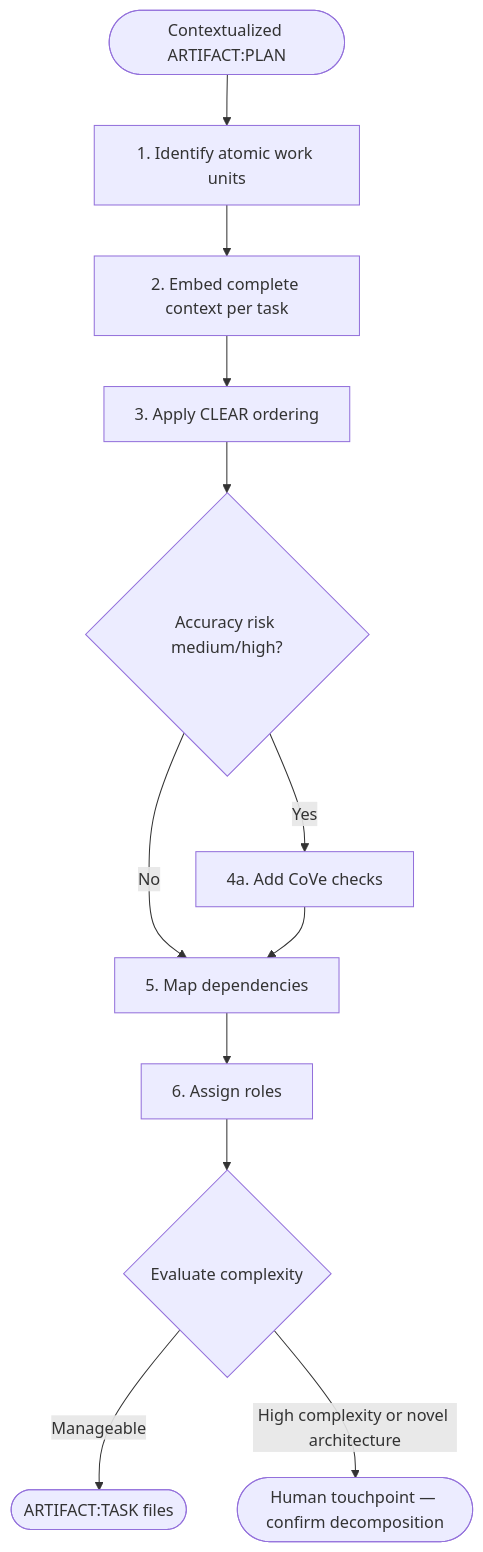
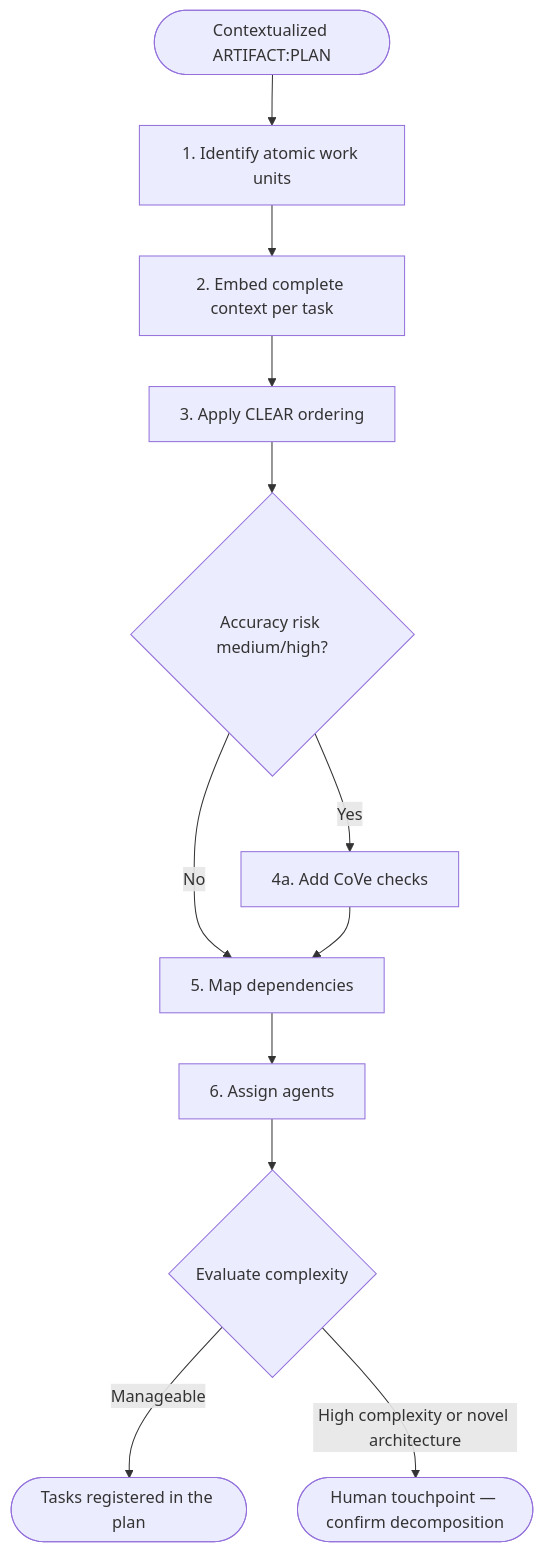
The first of 2 diagrams in plugins/development-harness/skills/task-decomposition/SKILL.md (Jamie-BitFlight/claude_skills), drawn with Mermaid before and after one commit. The commit also changed other lines of this file and 8 other files, not shown here.

First line of the commit message:
refactor(development-harness): replace plan-file authoring model with the plan and artifact operations (#3159)

````diff
--- a/plugins/development-harness/skills/task-decomposition/SKILL.md
+++ b/plugins/development-harness/skills/task-decomposition/SKILL.md
@@ -23,14 +23,14 @@
 ```mermaid
 flowchart TD
     Start([Contextualized ARTIFACT:PLAN]) --> A1[1. Identify atomic work units]
     A1 --> A2[2. Embed complete context per task]
     A2 --> A3[3. Apply CLEAR ordering]
     A3 --> A4{Accuracy risk medium/high?}
     A4 -->|Yes| CoVe[4a. Add CoVe checks]
     A4 -->|No| A5[4b. Skip CoVe]
     CoVe --> A5[5. Map dependencies]
-    A5 --> A6[6. Assign roles]
+    A5 --> A6[6. Assign agents]
     A6 --> Gate{Evaluate complexity}
-    Gate -->|Manageable| Done([ARTIFACT:TASK files])
+    Gate -->|Manageable| Done([Tasks registered in the plan])
     Gate -->|High complexity or novel architecture| Escalate([Human touchpoint — confirm decomposition])
 ```
````
